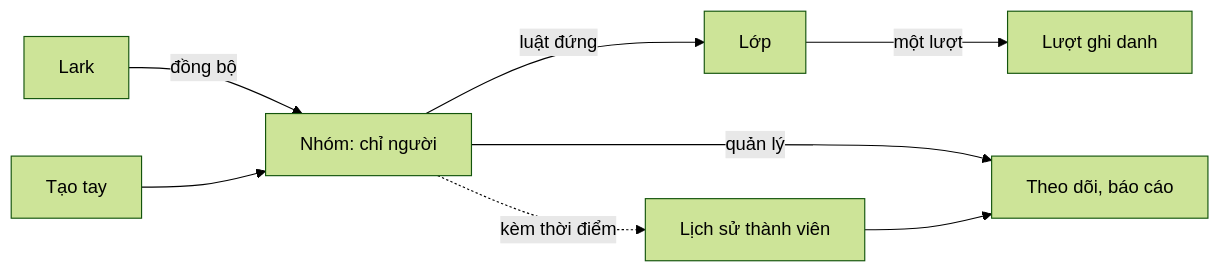
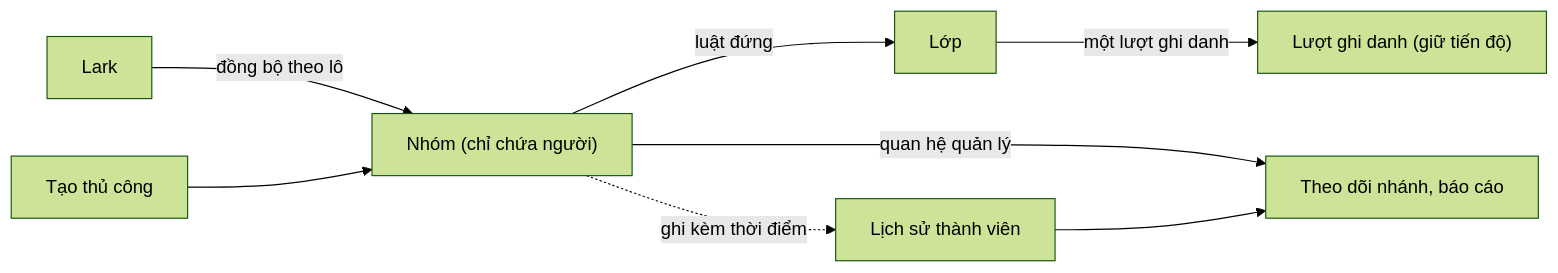
The diagram in .claude/intents/261005-group/inception/hld-brief/hld-brief.md (sonhero981/upbase-specs-test), drawn with Mermaid (forest theme) before and after one commit. The commit also changed other lines of this file and 3 other files, not shown here.

````diff
--- a/.claude/intents/261005-group/inception/hld-brief/hld-brief.md
+++ b/.claude/intents/261005-group/inception/hld-brief/hld-brief.md
@@ -56,10 +56,10 @@
 ```mermaid
 flowchart LR
-    S["Lark"] -->|đồng bộ| G["Nhóm: chỉ người"]
-    M["Tạo tay"] --> G
+    S["Lark"] -->|đồng bộ theo lô| G["Nhóm (chỉ chứa người)"]
+    M["Tạo thủ công"] --> G
     G -->|luật đứng| L["Lớp"]
-    L -->|một lượt| E["Lượt ghi danh"]
-    G -->|quản lý| Q["Theo dõi, báo cáo"]
-    G -.->|kèm thời điểm| H["Lịch sử thành viên"]
+    L -->|một lượt ghi danh| E["Lượt ghi danh (giữ tiến độ)"]
+    G -->|quan hệ quản lý| Q["Theo dõi nhánh, báo cáo"]
+    G -.->|ghi kèm thời điểm| H["Lịch sử thành viên"]
     H --> Q
 ```
````
